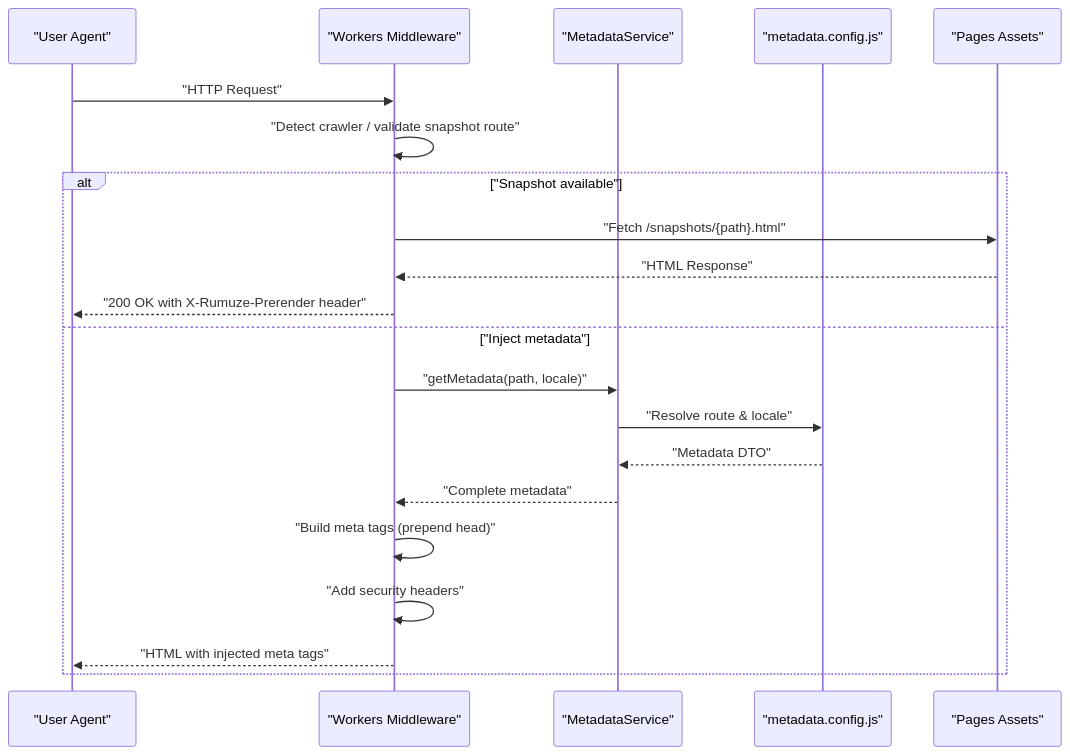
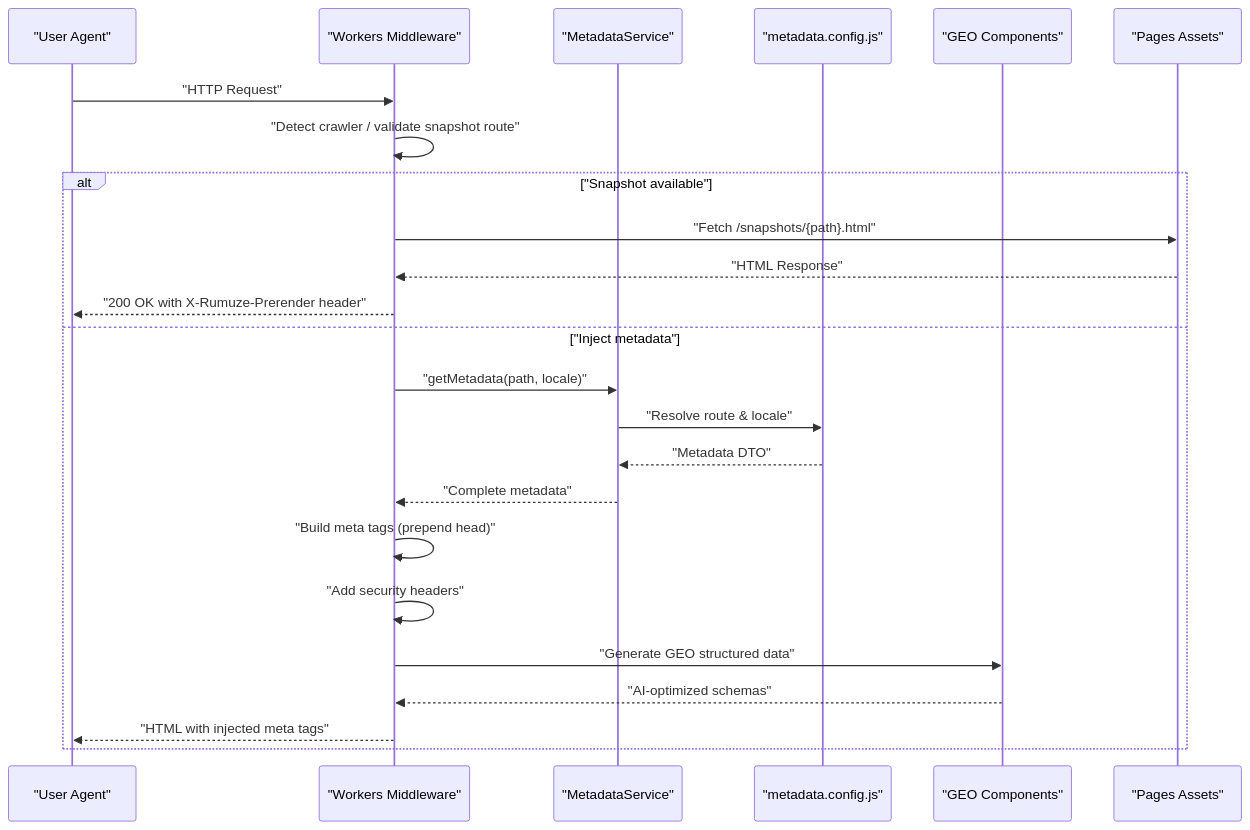
The second of 6 diagrams in .qoder/repowiki/en/content/Architecture Overview/Architecture Overview.md (rumuze/landing-page), drawn with Mermaid before and after one commit. The commit also changed other lines of this file and 5 other files, not shown here.

````diff
--- a/.qoder/repowiki/en/content/Architecture Overview/Architecture Overview.md
+++ b/.qoder/repowiki/en/content/Architecture Overview/Architecture Overview.md
@@ -94,23 +130,26 @@
 ```mermaid
 sequenceDiagram
 participant U as "User Agent"
 participant W as "Workers Middleware"
 participant MS as "MetadataService"
 participant CFG as "metadata.config.js"
+participant GEO as "GEO Components"
 participant P as "Pages Assets"
 U->>W : "HTTP Request"
 W->>W : "Detect crawler / validate snapshot route"
 alt "Snapshot available"
 W->>P : "Fetch /snapshots/{path}.html"
 P-->>W : "HTML Response"
 W-->>U : "200 OK with X-Rumuze-Prerender header"
 else "Inject metadata"
 W->>MS : "getMetadata(path, locale)"
 MS->>CFG : "Resolve route & locale"
 CFG-->>MS : "Metadata DTO"
 MS-->>W : "Complete metadata"
 W->>W : "Build meta tags (prepend head)"
 W->>W : "Add security headers"
+W->>GEO : "Generate GEO structured data"
+GEO-->>W : "AI-optimized schemas"
 W-->>U : "HTML with injected meta tags"
 end
 ```
````
